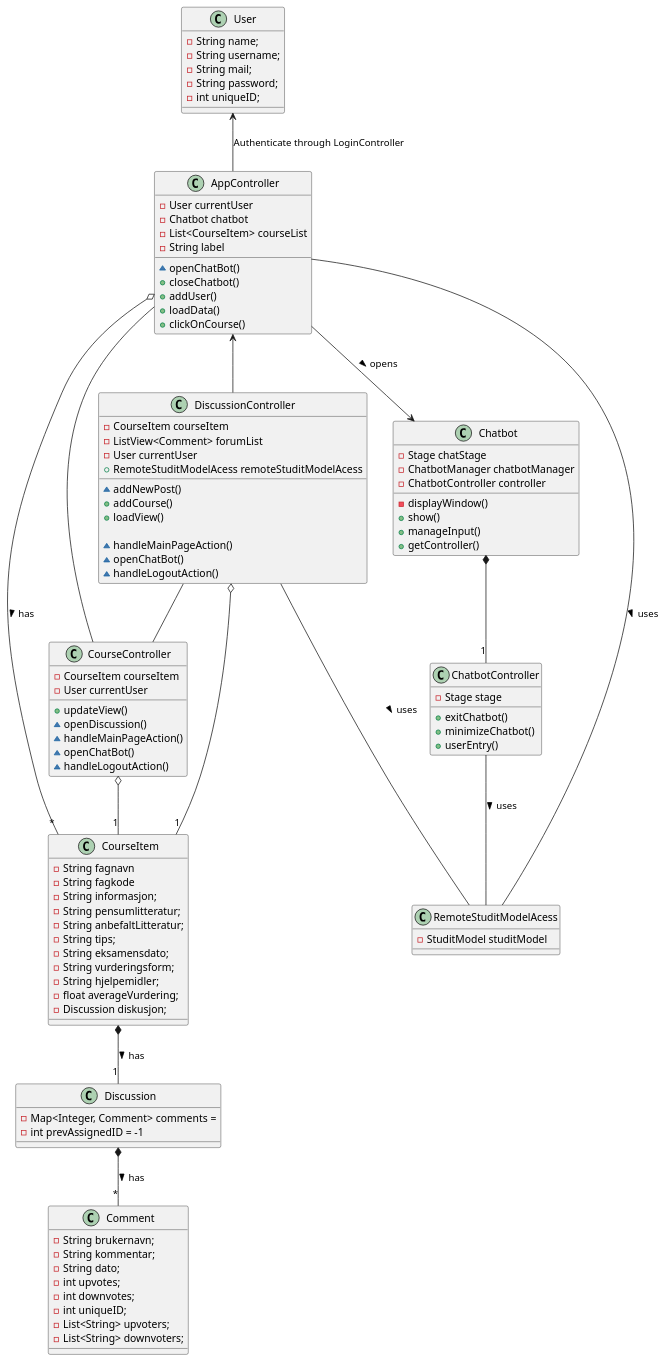
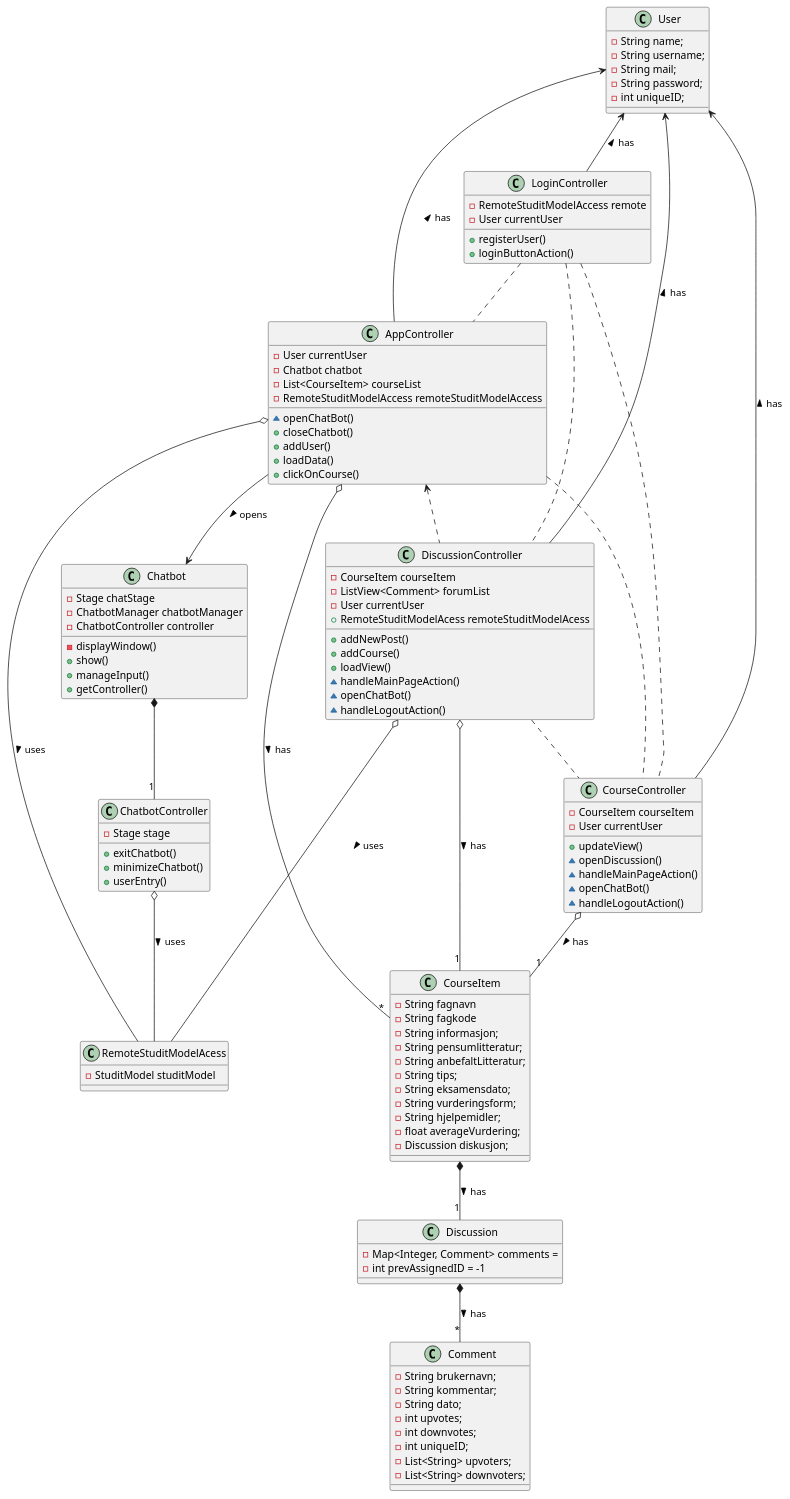
One commit to hakonbjork/StudIt changed the diagram in StudIt/classDiagram.puml. Above: the diagram before and after it, drawn with PlantUML. The commit also changed 1 other file, not shown here.

Commit message:
added class diagram and sequence diagram to readme

```diff
--- a/StudIt/classDiagram.puml
+++ b/StudIt/classDiagram.puml
@@ -1,126 +1,143 @@
 @startuml
+class AppController {
+    - User currentUser
+    - Chatbot chatbot
+    - List<CourseItem> courseList
+    - RemoteStuditModelAccess remoteStuditModelAccess
+
+    ~ openChatBot()
+    + closeChatbot()
+    + addUser()
+    + loadData()
+    + clickOnCourse()
+}
+
+class User {
+    - String name;
+    - String username;
+    - String mail;
+    - String password;
+    - int uniqueID;
+}
+
+class LoginController {
+    - RemoteStuditModelAccess remote
+    - User currentUser
+
+    + registerUser()
+    + loginButtonAction()    
+}
+
+class CourseController {
+  - CourseItem courseItem
+  - User currentUser
+
+  + updateView()
+  ~ openDiscussion()
+  ~ handleMainPageAction()
+  ~ openChatBot()
+  ~ handleLogoutAction()
+
+}
+
 class CourseItem {
   - String fagnavn
   - String fagkode
   - String informasjon;
   - String pensumlitteratur;
   - String anbefaltLitteratur;
   - String tips;
   - String eksamensdato;
   - String vurderingsform;
   - String hjelpemidler;
   - float averageVurdering;
   - Discussion diskusjon;
 }
 
 
-class CourseController {
-  - CourseItem courseItem
-  - User currentUser
-
-  + updateView()
-  ~ openDiscussion()
-  ~ handleMainPageAction()
-  ~ openChatBot()
-  ~ handleLogoutAction()
-
-}
-
 
 class DiscussionController {
     - CourseItem courseItem
     - ListView<Comment> forumList
     - User currentUser
     + RemoteStuditModelAcess remoteStuditModelAcess
 
-    ~ addNewPost()
+    + addNewPost()
     + addCourse()
     + loadView()
-
     ~ handleMainPageAction()
     ~ openChatBot()
     ~ handleLogoutAction()
 
 }
 
 class Discussion {
     - Map<Integer, Comment> comments = 
     - int prevAssignedID = -1
 }
 
 class Comment {
     - String brukernavn;
     - String kommentar;
     -  String dato;
     -  int upvotes;
     -  int downvotes;
     -  int uniqueID;
     -  List<String> upvoters;
     -  List<String> downvoters;
-}
-
-class User {
-    - String name;
-    - String username;
-    - String mail;
-    - String password;
-    - int uniqueID;
-}
-
- 
-class AppController {
-    - User currentUser
-    - Chatbot chatbot
-    - List<CourseItem> courseList
-    - String label
-
-    ~ openChatBot()
-    + closeChatbot()
-    + addUser()
-    + loadData()
-    + clickOnCourse()
 }
 
 
 class Chatbot{
     - Stage chatStage
     - ChatbotManager chatbotManager
     - ChatbotController controller
 
     - displayWindow()
     + show()
     + manageInput()
     + getController()
 }
 
 class ChatbotController {
     - Stage stage     
     + exitChatbot()
     + minimizeChatbot()
     + userEntry()
 }
 
 class RemoteStuditModelAcess {
     - StuditModel studitModel    
 }
 
 
 
-User <-- AppController: Authenticate through LoginController
-AppController -- RemoteStuditModelAcess: uses >
-ChatbotController -- RemoteStuditModelAcess: uses >
-DiscussionController -- RemoteStuditModelAcess: uses >
+
+User <-- AppController: has <
+User <-- CourseController: has <
+User <-- LoginController: has <
+User <-- DiscussionController: has <
+
+LoginController .. AppController
+LoginController .. CourseController
+LoginController .. DiscussionController
+
+
+AppController --> Chatbot: opens >
+
+AppController o-- RemoteStuditModelAcess: uses >
+ChatbotController o-- RemoteStuditModelAcess: uses >
+DiscussionController o-- RemoteStuditModelAcess: uses >
 
 AppController o-- "*" CourseItem: has >
-AppController -- CourseController
-AppController <-- DiscussionController
-AppController --> Chatbot: opens >
+AppController .. CourseController
+AppController <.. DiscussionController
 Chatbot *-- "1" ChatbotController 
 
 CourseItem *-- "1" Discussion: has >
-DiscussionController -- CourseController
-DiscussionController o-- "1" CourseItem
+DiscussionController .. CourseController
+DiscussionController o-- "1" CourseItem: has >
 Discussion *-- "*" Comment: has >
-CourseController o-- "1" CourseItem
+CourseController o-- "1" CourseItem: has >
 
 @enduml
```
